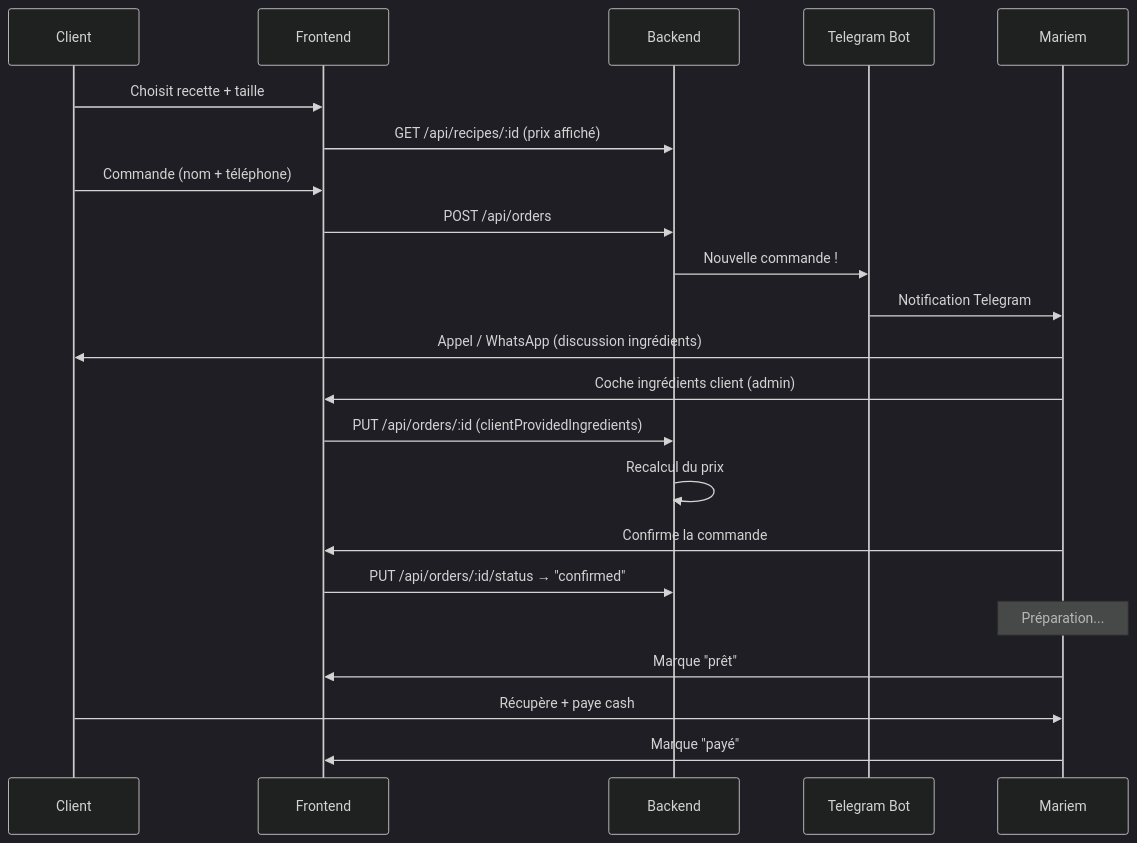
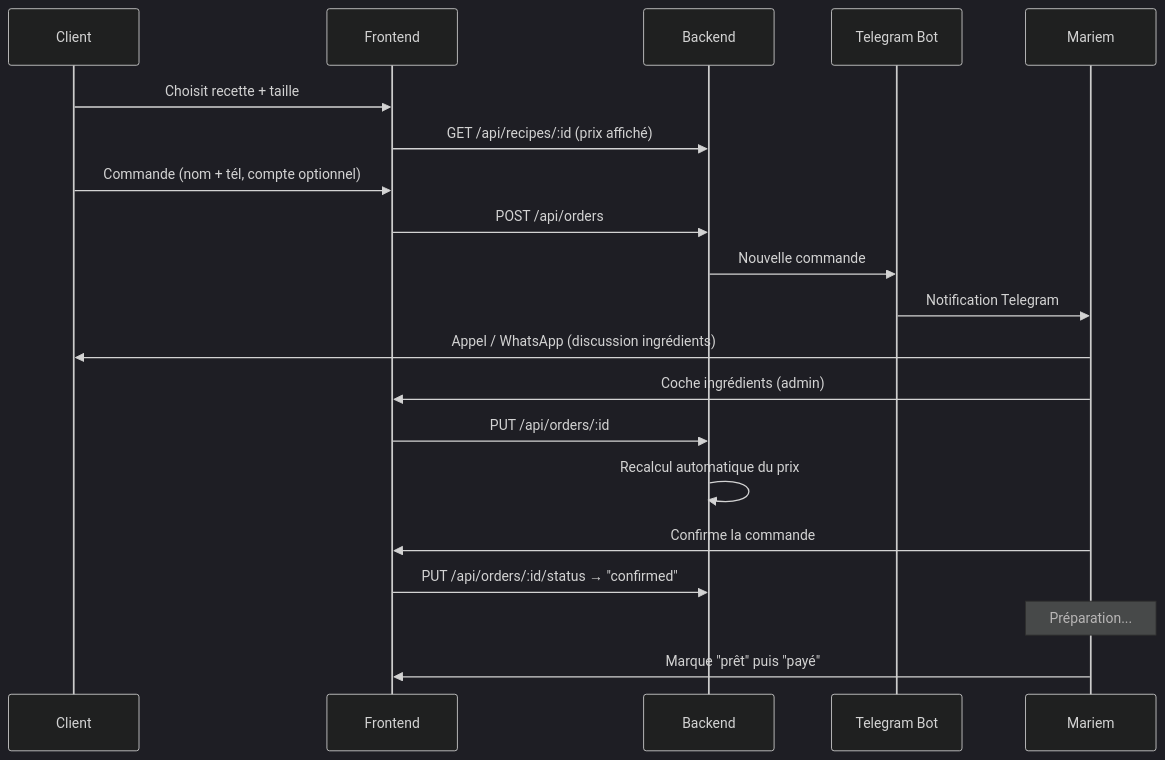
Before and after one commit to hammdi/mariem-sweet-kitchen: the diagram in docs/architecture.md, drawn with Mermaid (dark theme). The commit also changed other lines of this file and 12 other files, not shown here.

````diff
--- a/docs/architecture.md
+++ b/docs/architecture.md
@@ -193,25 +204,23 @@
 ```mermaid
 sequenceDiagram
     participant C as Client
     participant F as Frontend
     participant B as Backend
     participant T as Telegram Bot
     participant M as Mariem
 
     C->>F: Choisit recette + taille
     F->>B: GET /api/recipes/:id (prix affiché)
-    C->>F: Commande (nom + téléphone)
+    C->>F: Commande (nom + tél, compte optionnel)
     F->>B: POST /api/orders
-    B->>T: Nouvelle commande !
+    B->>T: Nouvelle commande
     T->>M: Notification Telegram
     M->>C: Appel / WhatsApp (discussion ingrédients)
-    M->>F: Coche ingrédients client (admin)
-    F->>B: PUT /api/orders/:id (clientProvidedIngredients)
-    B->>B: Recalcul du prix
+    M->>F: Coche ingrédients (admin)
+    F->>B: PUT /api/orders/:id
+    B->>B: Recalcul automatique du prix
     M->>F: Confirme la commande
     F->>B: PUT /api/orders/:id/status → "confirmed"
     Note over M: Préparation...
-    M->>F: Marque "prêt"
-    C->>M: Récupère + paye cash
-    M->>F: Marque "payé"
+    M->>F: Marque "prêt" puis "payé"
 ```
````
